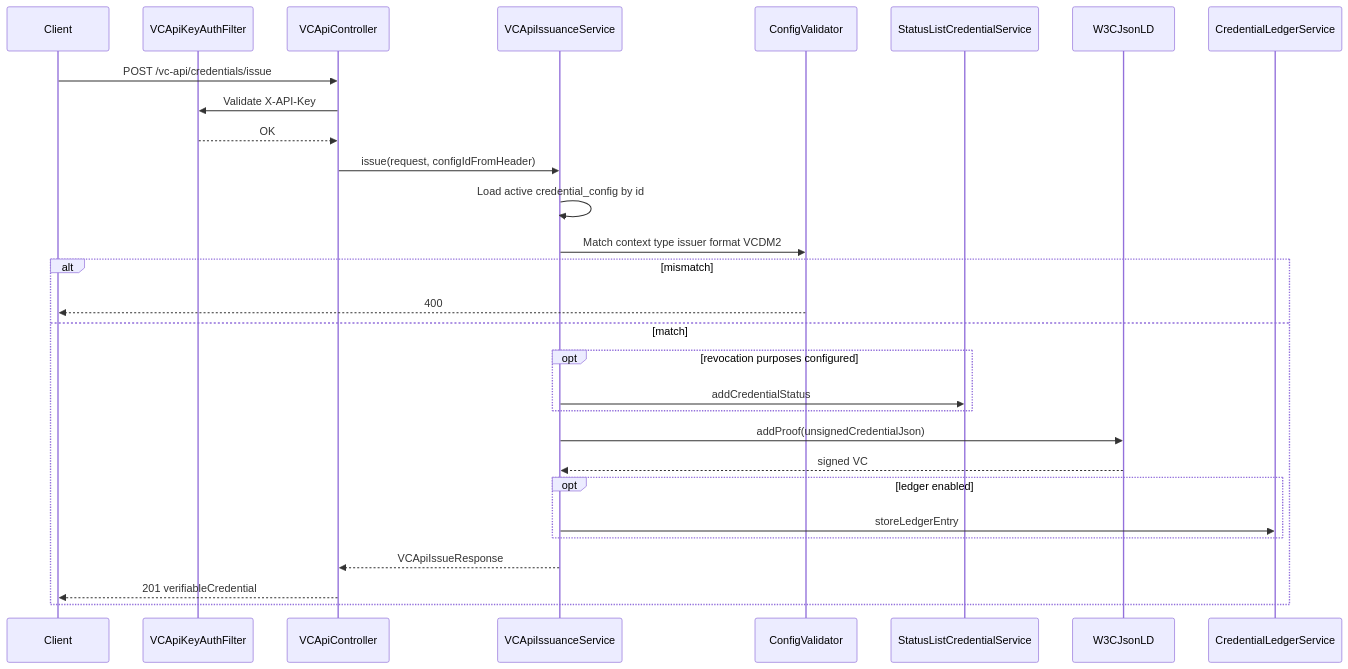
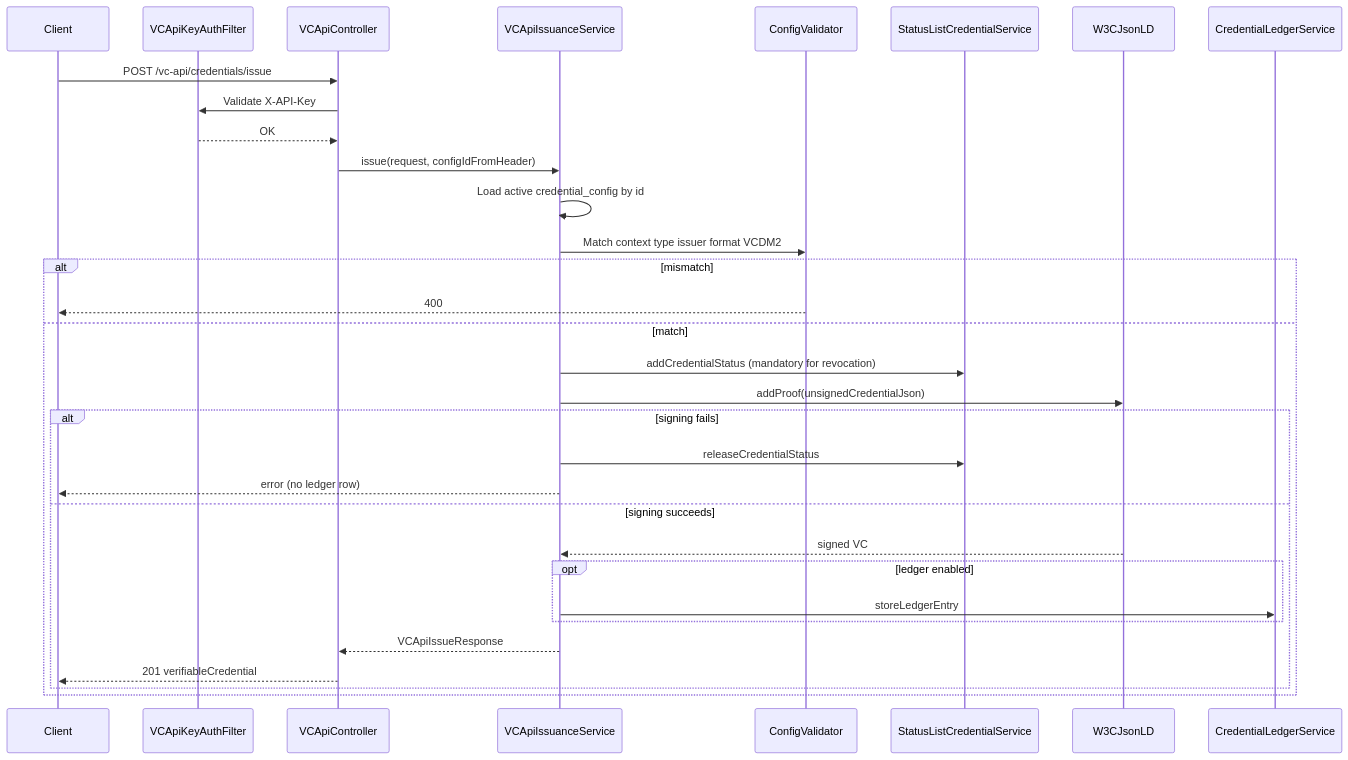
The second of 2 diagrams in docs/W3C-VC-API-Support.md (ooru-digital/inji-certify), drawn with Mermaid before and after one commit. The commit also changed other lines of this file and 7 other files, not shown here.

Commit message:
Require credential status for VC API and persist ledger only after signing. Make credentialStatus mandatory for revocation, release status-list indexes on signing failure, rename tests to should_*_when_*, and align OpenAPI/docs with VCError and accepted timestamps.

````diff
--- a/docs/W3C-VC-API-Support.md
+++ b/docs/W3C-VC-API-Support.md
@@ -185,32 +190,35 @@
 ```mermaid
 sequenceDiagram
     participant C as Client
     participant F as VCApiKeyAuthFilter
     participant Ctrl as VCApiController
     participant Svc as VCApiIssuanceService
     participant Val as ConfigValidator
     participant ST as StatusListCredentialService
     participant CF as W3CJsonLD
     participant LD as CredentialLedgerService
 
     C->>Ctrl: POST /vc-api/credentials/issue
     Ctrl->>F: Validate X-API-Key
     F-->>Ctrl: OK
     Ctrl->>Svc: issue(request, configIdFromHeader)
     Svc->>Svc: Load active credential_config by id
     Svc->>Val: Match context type issuer format VCDM2
     alt mismatch
         Val-->>C: 400
     else match
-        opt revocation purposes configured
-            Svc->>ST: addCredentialStatus
+        Svc->>ST: addCredentialStatus (mandatory for revocation)
+        Svc->>CF: addProof(unsignedCredentialJson)
+        alt signing fails
+            Svc->>ST: releaseCredentialStatus
+            Svc-->>C: error (no ledger row)
+        else signing succeeds
+            CF-->>Svc: signed VC
+            opt ledger enabled
+                Svc->>LD: storeLedgerEntry
+            end
+            Svc-->>Ctrl: VCApiIssueResponse
+            Ctrl-->>C: 201 verifiableCredential
         end
-        Svc->>CF: addProof(unsignedCredentialJson)
-        CF-->>Svc: signed VC
-        opt ledger enabled
-            Svc->>LD: storeLedgerEntry
-        end
-        Svc-->>Ctrl: VCApiIssueResponse
-        Ctrl-->>C: 201 verifiableCredential
     end
 ```
````
